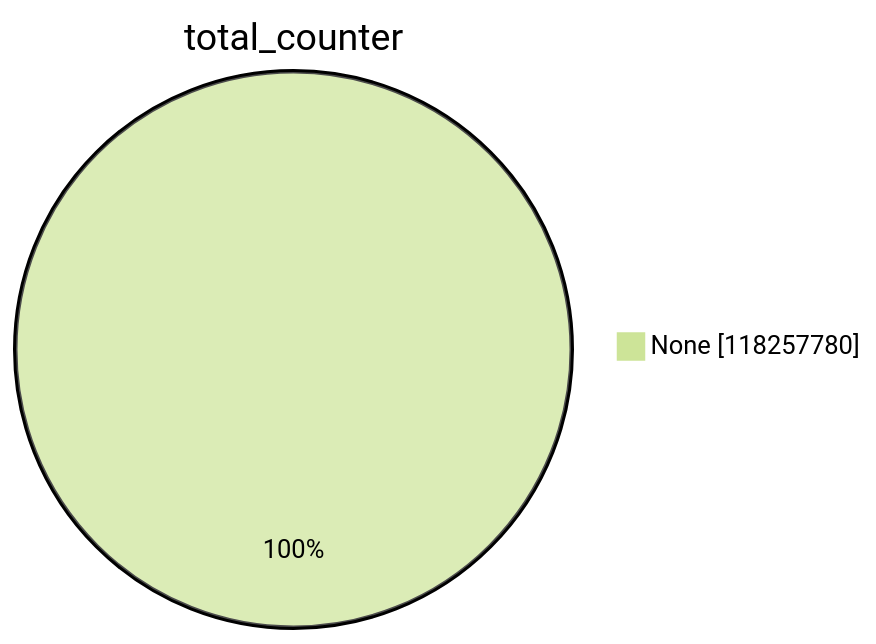
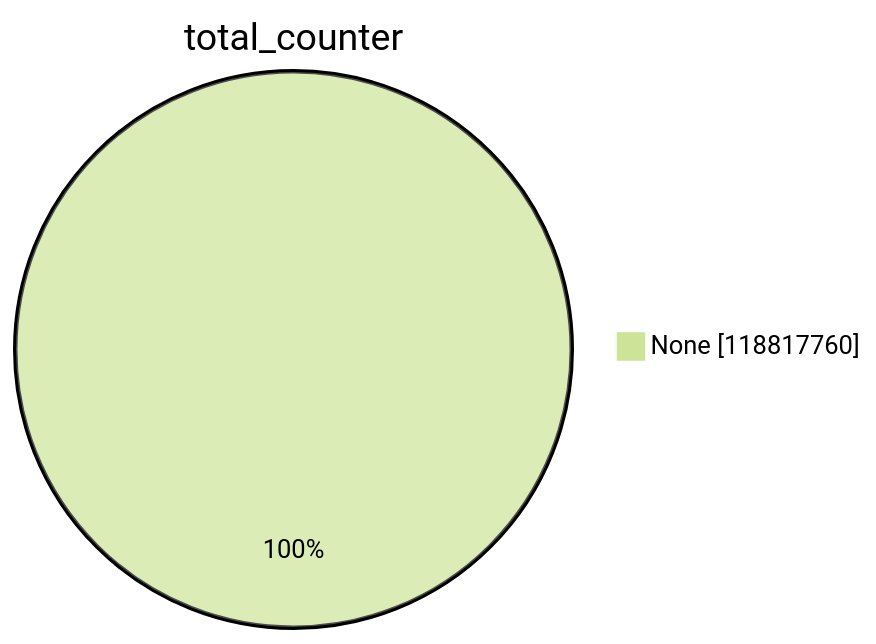
One commit to christiankrug/ctmonitor_visualization changed the first of 15 diagrams in argon2023/README.md. Above: the diagram before and after it, drawn with Mermaid (forest theme). The commit also changed other lines of this file, not shown here.

````diff
--- a/argon2023/README.md
+++ b/argon2023/README.md
@@ -1,5 +1,5 @@
 ```mermaid
 pie showData
 title total_counter
-"None" :118257780
+"None" :118817760
 ```
````
